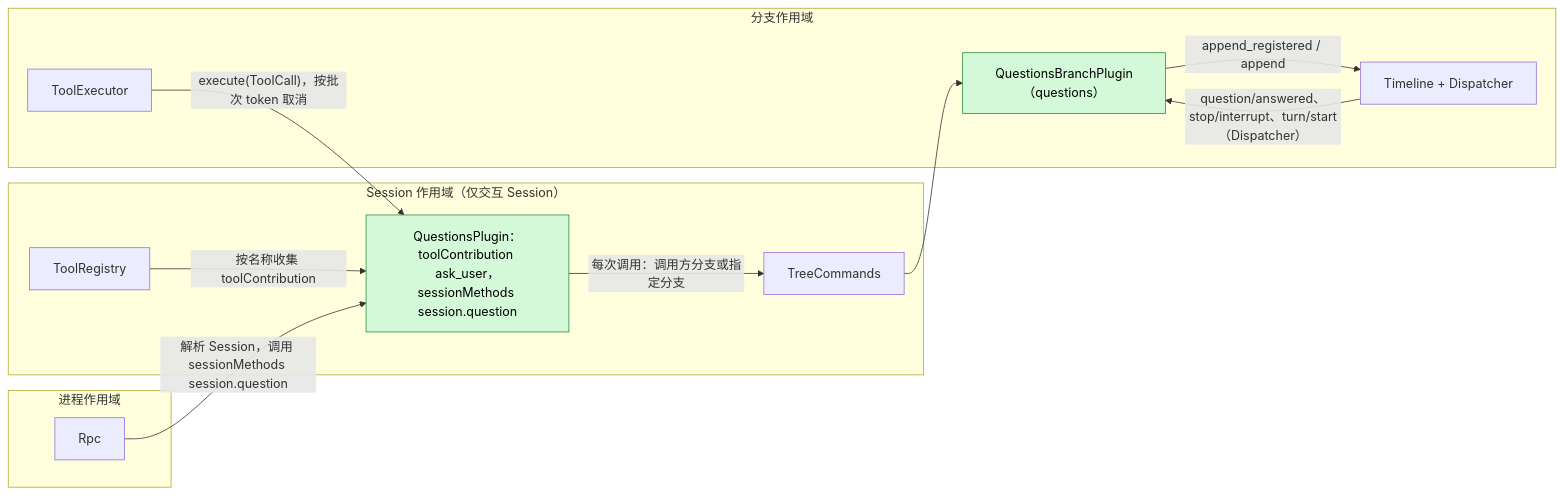
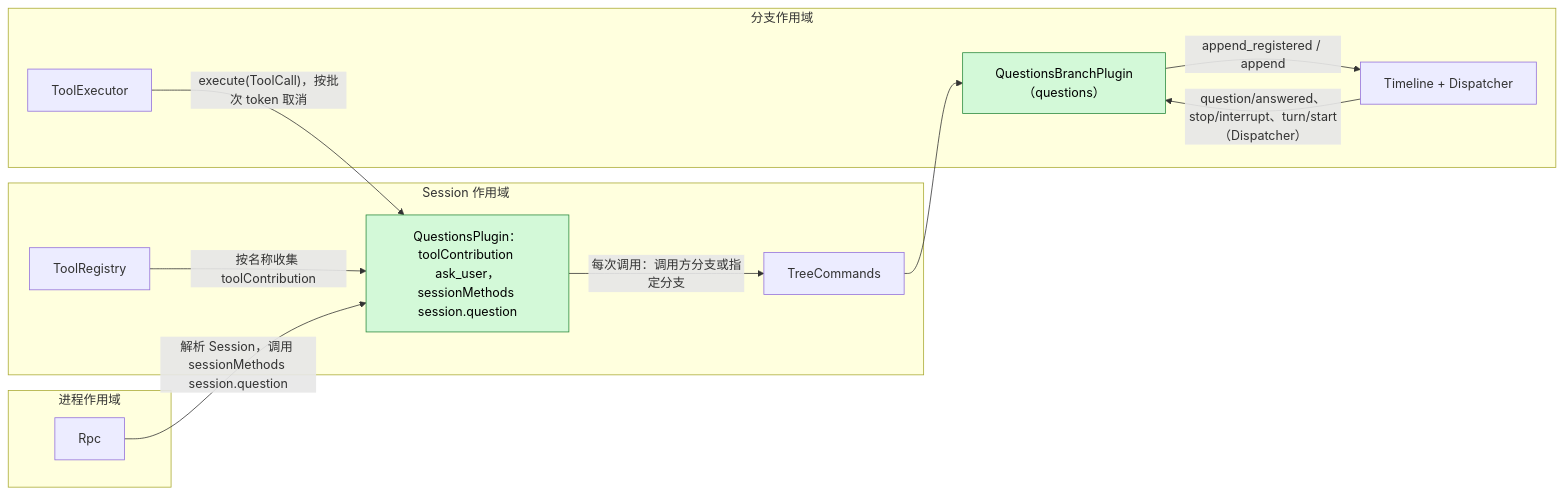
The first of 6 diagrams in docs/zh/design/plugins/Questions.md (CoutinhoTTS/dim-agent), drawn with Mermaid before and after one commit. The commit also changed other lines of this file and 27 other files, not shown here.

````diff
--- a/docs/zh/design/plugins/Questions.md
+++ b/docs/zh/design/plugins/Questions.md
@@ -11,24 +11,24 @@
 ```mermaid
 flowchart LR
-  subgraph S["Session 作用域（仅交互 Session）"]
+  subgraph S["Session 作用域"]
     QS["QuestionsPlugin：toolContribution ask_user，sessionMethods session.question"]:::new
     TR["ToolRegistry"]
     TC["TreeCommands"]
   end
   subgraph P["进程作用域"]
     RPC["Rpc"]
   end
   subgraph B["分支作用域"]
     QB["QuestionsBranchPlugin（questions）"]:::new
     TE["ToolExecutor"]
     TL["Timeline + Dispatcher"]
   end
   TR -- "按名称收集 toolContribution" --> QS
   RPC -- "解析 Session，调用 sessionMethods session.question" --> QS
   QS -- "每次调用：调用方分支或指定分支" --> TC
   TC --> QB
   TE -- "execute(ToolCall)，按批次 token 取消" --> QS
   QB -- "append_registered / append" --> TL
   TL -- "question/answered、stop/interrupt、turn/start（Dispatcher）" --> QB
   classDef new fill:#d3f9d8,stroke:#2b8a3e,color:#000
 ```
````
